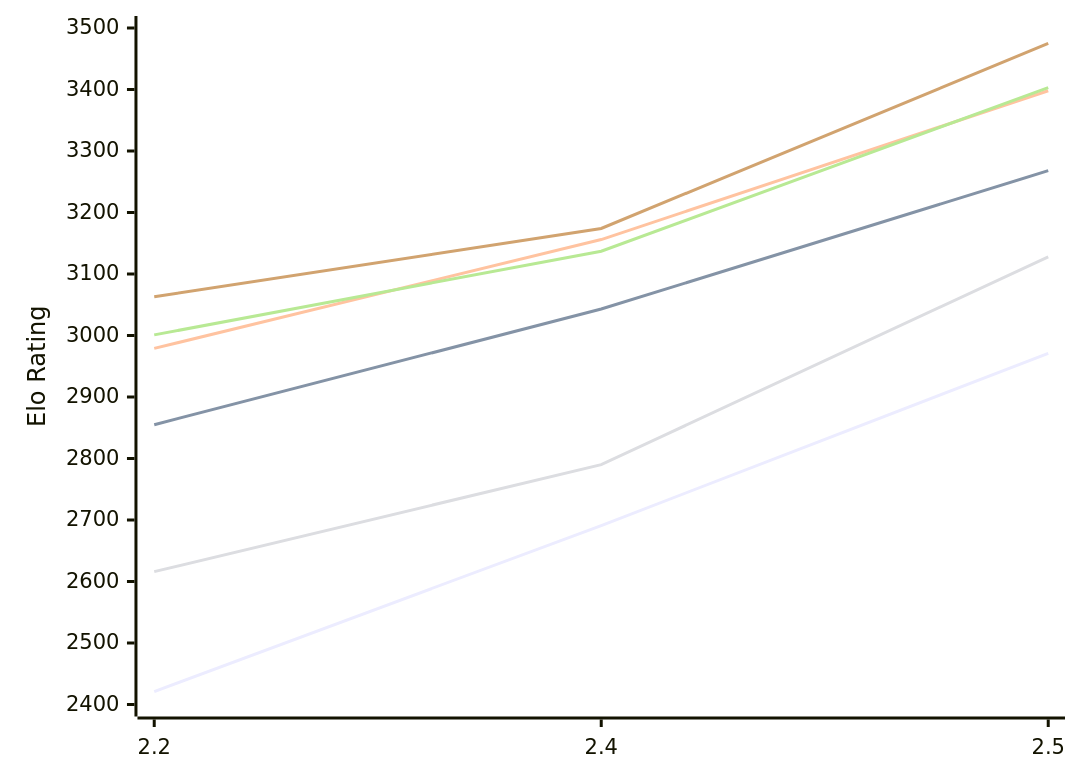
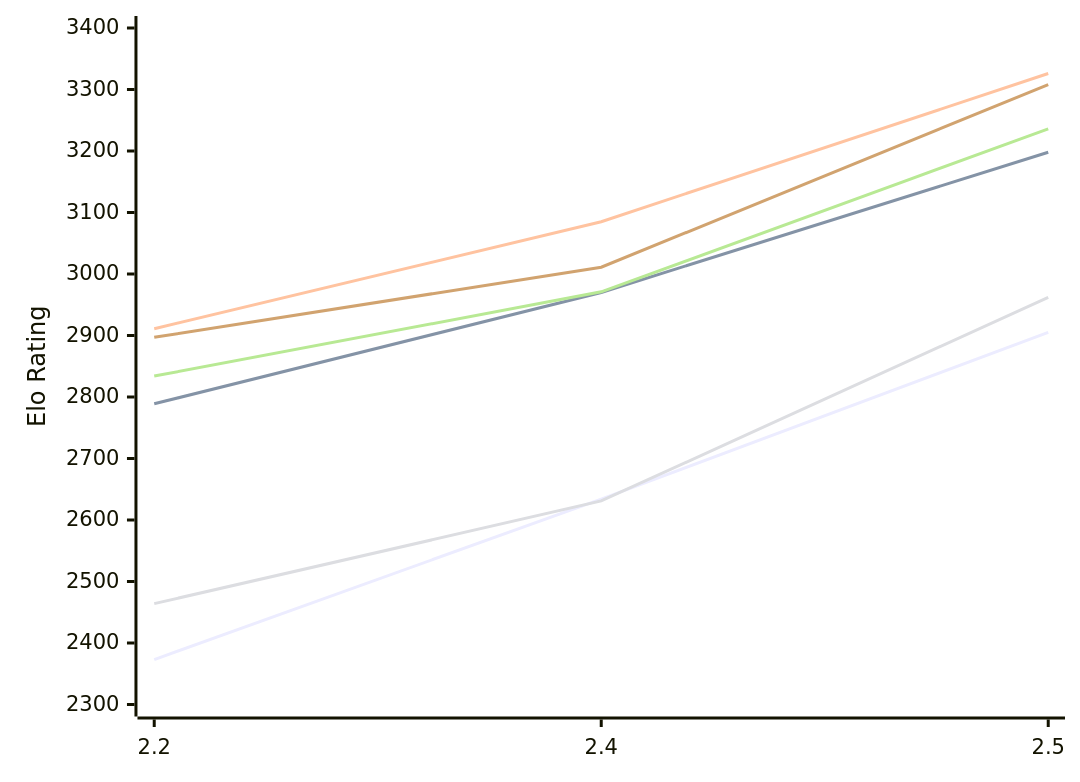
Before and after one commit to computer-chess-index/cci: the first of 2 diagrams in engines/Sloth.md, drawn with Mermaid. The commit also changed other lines of this file, not shown here.

Commit message:
Update CCI Ratings (ELO VLTC) - 2026-11-13

````diff
--- a/engines/Sloth.md
+++ b/engines/Sloth.md
@@ -52,12 +52,12 @@
 ```mermaid
 %%{init: {"theme":"base","themeVariables":{"seriesColors:['#a3a3a3','#222221','#faa371']}}}%%
 xychart-beta
   x-axis ["2.2", "2.4", "2.5"]
-  y-axis "Elo Rating" 2400 --> 3500
-  line "E1: STC (8.0+0.08s)" [2421, 2691, 2971]
-  line "E1: LTC (60.0+0.60s)" [2855, 3043, 3268]
-  line "E1: VLTC (2m24s+1.12s)" [2979, 3156, 3398]
-  line "P1: STC (8.0+0.08s)" [2616, 2790, 3128]
-  line "P1: LTC (60.0+0.60s)" [3001, 3137, 3403]
-  line "P1: VLTC (2m24s+1.12s)" [3063, 3174, 3475]
+  y-axis "Elo Rating" 2300 --> 3400
+  line "E1: STC (8.0+0.08s)" [2373, 2634, 2905]
+  line "E1: LTC (60.0+0.60s)" [2789, 2970, 3198]
+  line "E1: VLTC (2m24s+1.12s)" [2911, 3085, 3326]
+  line "P1: STC (8.0+0.08s)" [2464, 2631, 2962]
+  line "P1: LTC (60.0+0.60s)" [2834, 2971, 3236]
+  line "P1: VLTC (2m24s+1.12s)" [2897, 3011, 3308]
 ```
````
